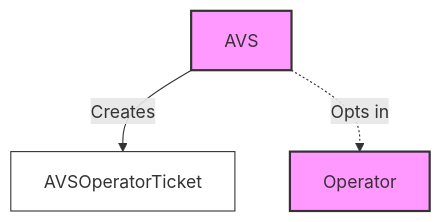
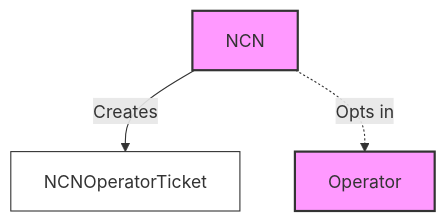
One commit to jito-foundation/restaking changed the second of 5 diagrams in docs/concepts/restaking_program.md. Above: the diagram before and after it, drawn with Mermaid. The commit also changed other lines of this file and 61 other files, not shown here.

Commit message:
rename avs -> ncn

````diff
--- a/docs/concepts/restaking_program.md
+++ b/docs/concepts/restaking_program.md
@@ -74,10 +74,10 @@
 ```mermaid
 graph TD
     classDef main fill: #f9f, stroke: #333, stroke-width: 2px;
     classDef ticket fill: #fff, stroke: #333, stroke-width: 1px;
-    AVS[AVS]:::main
+    NCN[NCN]:::main
     Operator[Operator]:::main
-    AvsOperatorTicket[AVSOperatorTicket]:::ticket
-    AVS -->|Creates| AvsOperatorTicket
-    AVS -.->|Opts in| Operator
+    NcnOperatorTicket[NCNOperatorTicket]:::ticket
+    NCN -->|Creates| NcnOperatorTicket
+    NCN -.->|Opts in| Operator
 ```
````
